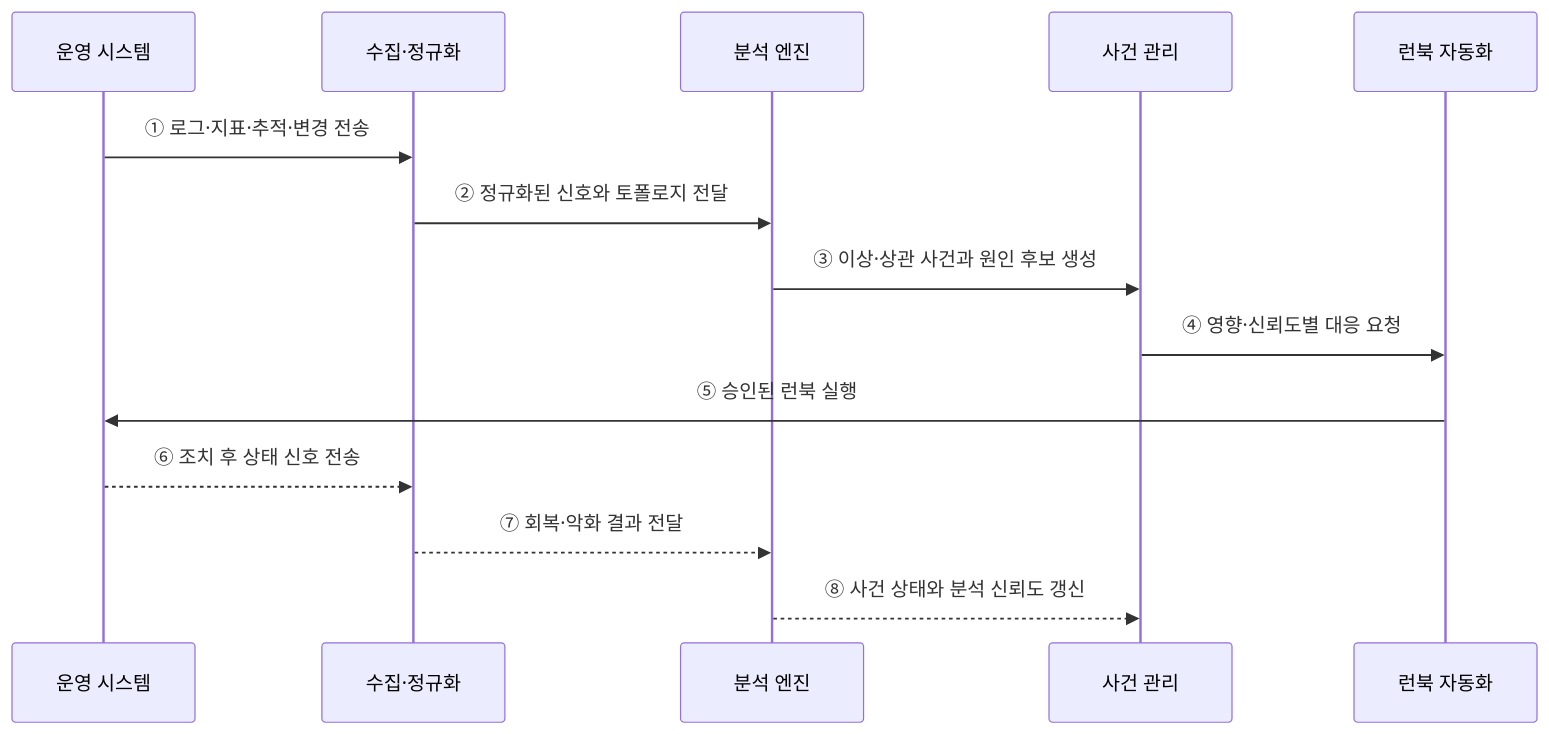
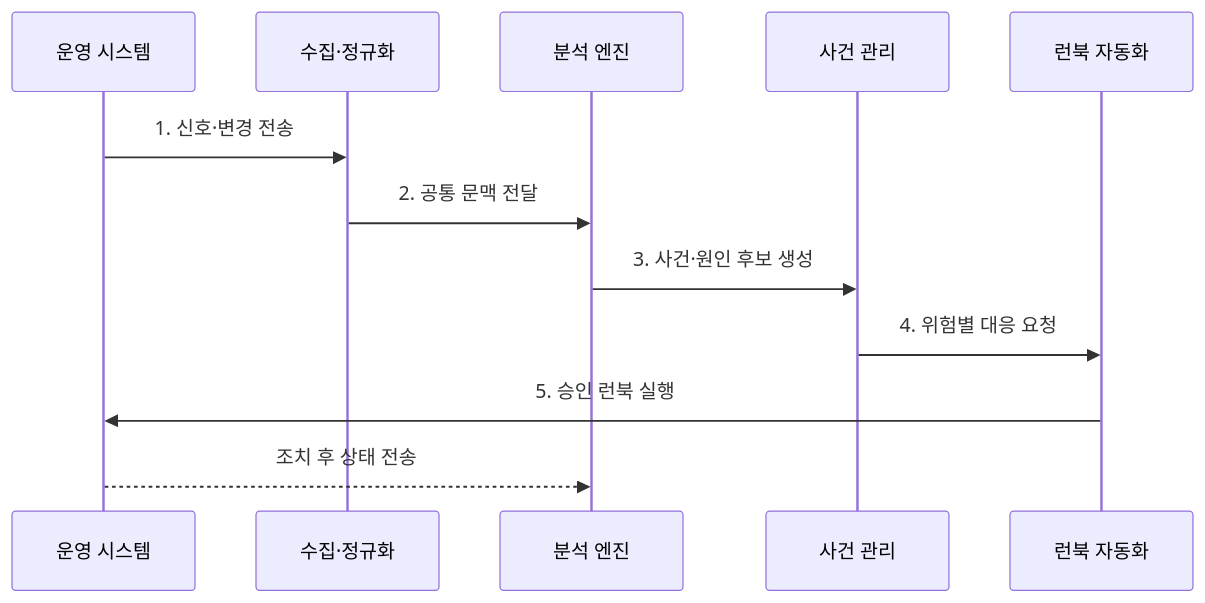
One commit to agnusdei1207/knowledge-base changed the second of 2 diagrams in src/content/docs/notes/03-software/167_aiops.md. Above: the diagram before and after it, drawn with Mermaid. The commit also changed other lines of this file and 20 other files, not shown here.

````diff
--- a/src/content/docs/notes/03-software/167_aiops.md
+++ b/src/content/docs/notes/03-software/167_aiops.md
@@ -71,16 +82,14 @@
 ```mermaid
 sequenceDiagram
     participant O as 운영 시스템
     participant I as 수집·정규화
     participant A as 분석 엔진
     participant M as 사건 관리
     participant R as 런북 자동화
-    O->>I: ① 로그·지표·추적·변경 전송
-    I->>A: ② 정규화된 신호와 토폴로지 전달
-    A->>M: ③ 이상·상관 사건과 원인 후보 생성
-    M->>R: ④ 영향·신뢰도별 대응 요청
-    R->>O: ⑤ 승인된 런북 실행
-    O-->>I: ⑥ 조치 후 상태 신호 전송
-    I-->>A: ⑦ 회복·악화 결과 전달
-    A-->>M: ⑧ 사건 상태와 분석 신뢰도 갱신
+    O->>I: 1. 신호·변경 전송
+    I->>A: 2. 공통 문맥 전달
+    A->>M: 3. 사건·원인 후보 생성
+    M->>R: 4. 위험별 대응 요청
+    R->>O: 5. 승인 런북 실행
+    O-->>A: 조치 후 상태 전송
 ```
````
